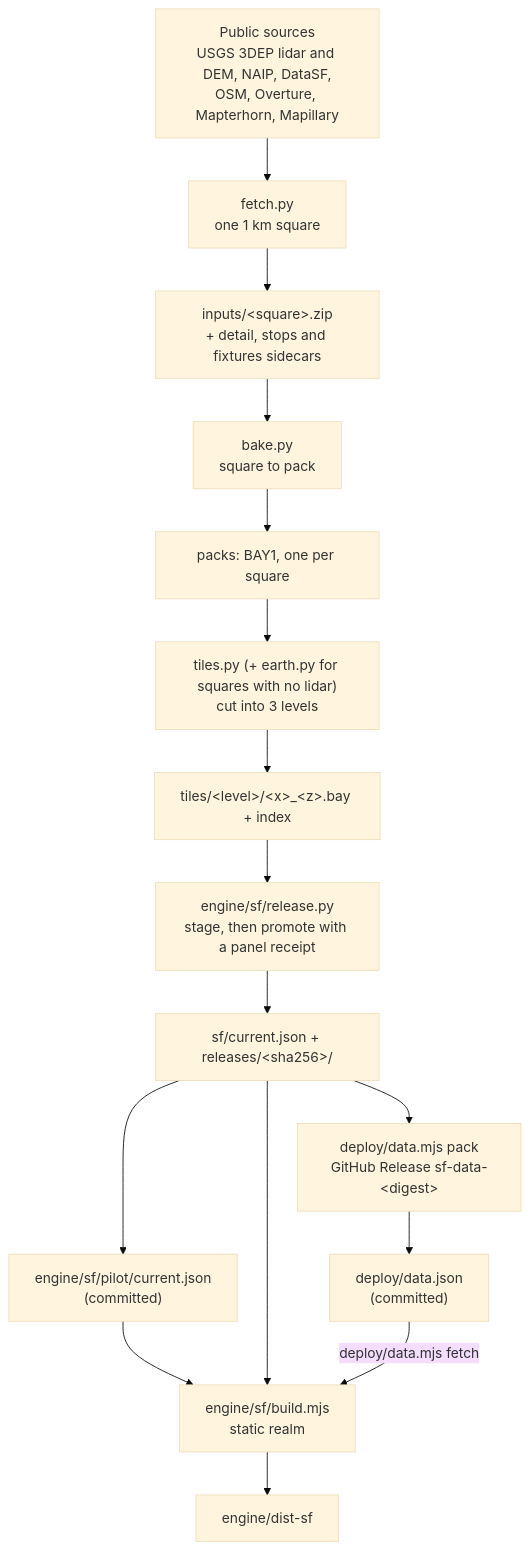
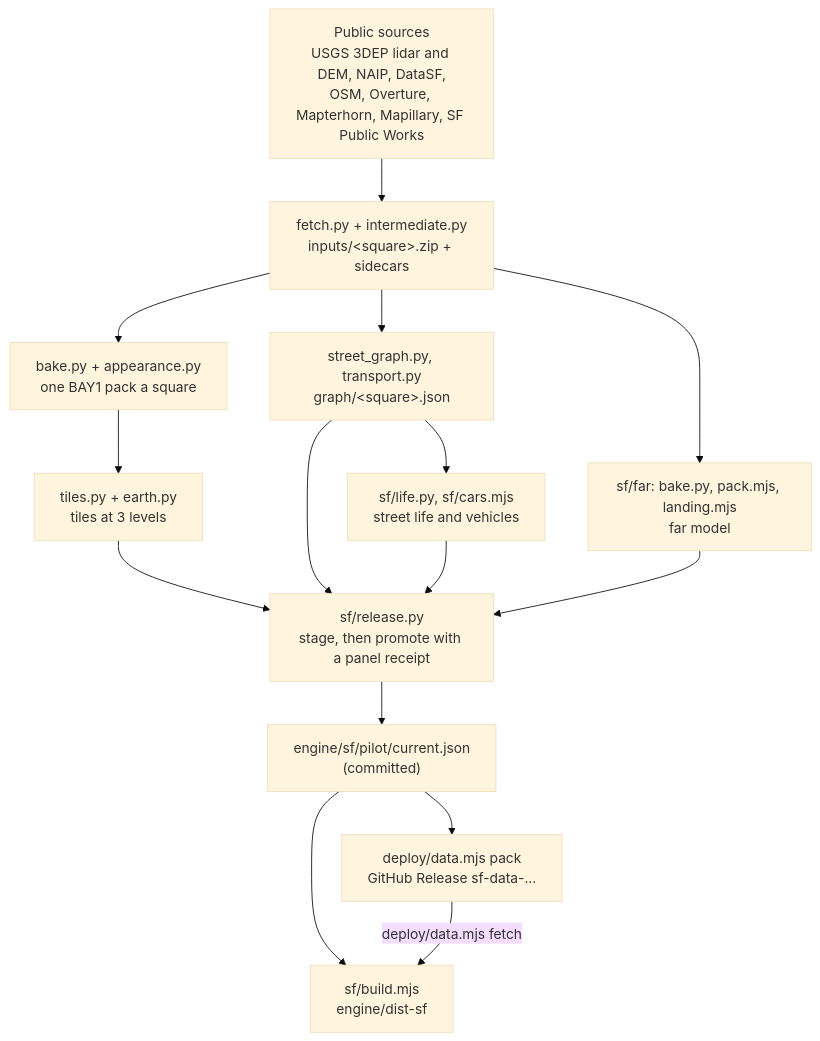
One commit to voxelwright/voxelwright changed the diagram in guide/city-pipeline.md. Above: the diagram before and after it, drawn with Mermaid (base theme). The commit also changed other lines of this file and 78 other files, not shown here.

````diff
--- a/guide/city-pipeline.md
+++ b/guide/city-pipeline.md
@@ -12,23 +18,20 @@
 ```mermaid
 flowchart TD
-  Sources["Public sources<br/>USGS 3DEP lidar and DEM, NAIP, DataSF,<br/>OSM, Overture, Mapterhorn, Mapillary"]
-  Fetch["fetch.py<br/>one 1 km square"]
-  Zip["inputs/&lt;square&gt;.zip<br/>+ detail, stops and fixtures sidecars"]
-  Bake["bake.py<br/>square to pack"]
-  Pack["packs: BAY1, one per square"]
-  Tiles["tiles.py (+ earth.py for squares with no lidar)<br/>cut into 3 levels"]
-  TileOut["tiles/&lt;level&gt;/&lt;x&gt;_&lt;z&gt;.bay + index"]
-  Release["engine/sf/release.py<br/>stage, then promote with a panel receipt"]
-  Pinned["sf/current.json + releases/&lt;sha256&gt;/"]
+  Sources["Public sources<br/>USGS 3DEP lidar and DEM, NAIP, DataSF,<br/>OSM, Overture, Mapterhorn, Mapillary, SF Public Works"]
+  Inputs["fetch.py + intermediate.py<br/>inputs/&lt;square&gt;.zip + sidecars"]
+  Bake["bake.py + appearance.py<br/>one BAY1 pack a square"]
+  Graph["street_graph.py, transport.py<br/>graph/&lt;square&gt;.json"]
+  Tiles["tiles.py + earth.py<br/>tiles at 3 levels"]
+  Life["sf/life.py, sf/cars.mjs<br/>street life and vehicles"]
+  Far["sf/far: bake.py, pack.mjs, landing.mjs<br/>far model"]
+  Release["sf/release.py<br/>stage, then promote with a panel receipt"]
   Pin["engine/sf/pilot/current.json<br/>(committed)"]
-  Build["engine/sf/build.mjs<br/>static realm"]
-  Dist["engine/dist-sf"]
-  Data["deploy/data.mjs pack<br/>GitHub Release sf-data-&lt;digest&gt;"]
-  Record["deploy/data.json<br/>(committed)"]
-  Sources --> Fetch --> Zip --> Bake --> Pack --> Tiles --> TileOut --> Release --> Pinned
-  Pinned --> Pin
-  Pin --> Build
-  Pinned --> Build --> Dist
-  Pinned --> Data --> Record
-  Record -- "deploy/data.mjs fetch" --> Build
+  Build["sf/build.mjs<br/>engine/dist-sf"]
+  Data["deploy/data.mjs pack<br/>GitHub Release sf-data-..."]
+  Sources --> Inputs --> Bake --> Tiles --> Release
+  Inputs --> Graph --> Release
+  Graph --> Life --> Release
+  Inputs --> Far --> Release
+  Release --> Pin --> Build
+  Pin --> Data -- "deploy/data.mjs fetch" --> Build
 ```
````
